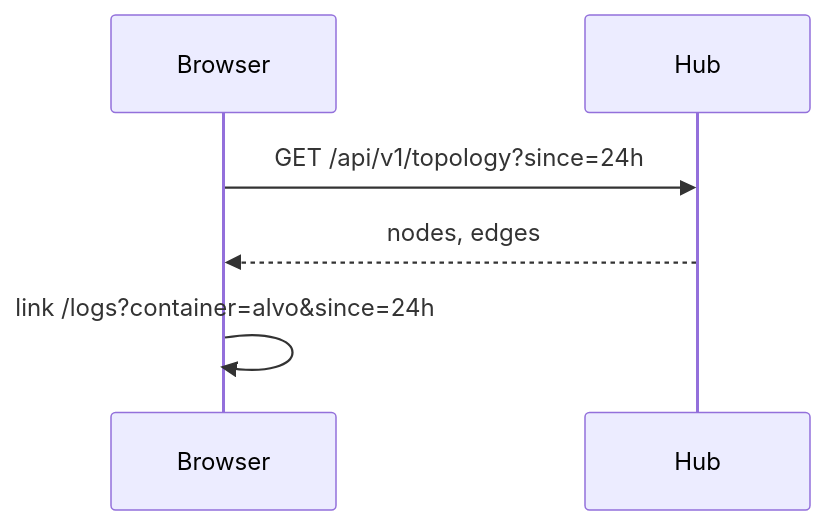
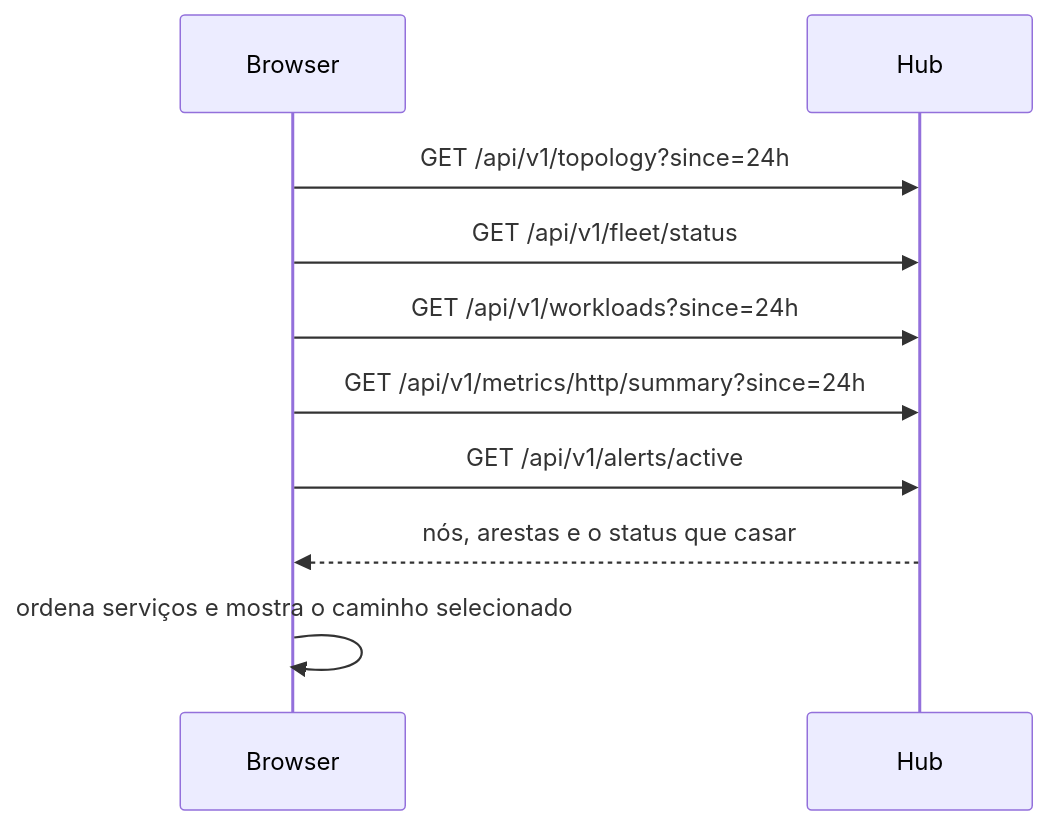
One commit to HarryRaddatz/argus-observability changed the third of 4 diagrams in docs/flows/ui-panel.pt.md. Above: the diagram before and after it, drawn with Mermaid. The commit also changed other lines of this file and 8 other files, not shown here.

````diff
--- a/docs/flows/ui-panel.pt.md
+++ b/docs/flows/ui-panel.pt.md
@@ -95,9 +95,13 @@
 ```mermaid
 sequenceDiagram
   participant Browser
   participant Hub
 
   Browser->>Hub: GET /api/v1/topology?since=24h
-  Hub-->>Browser: nodes, edges
-  Browser->>Browser: link /logs?container=alvo&since=24h
+  Browser->>Hub: GET /api/v1/fleet/status
+  Browser->>Hub: GET /api/v1/workloads?since=24h
+  Browser->>Hub: GET /api/v1/metrics/http/summary?since=24h
+  Browser->>Hub: GET /api/v1/alerts/active
+  Hub-->>Browser: nós, arestas e o status que casar
+  Browser->>Browser: ordena serviços e mostra o caminho selecionado
 ```
````
